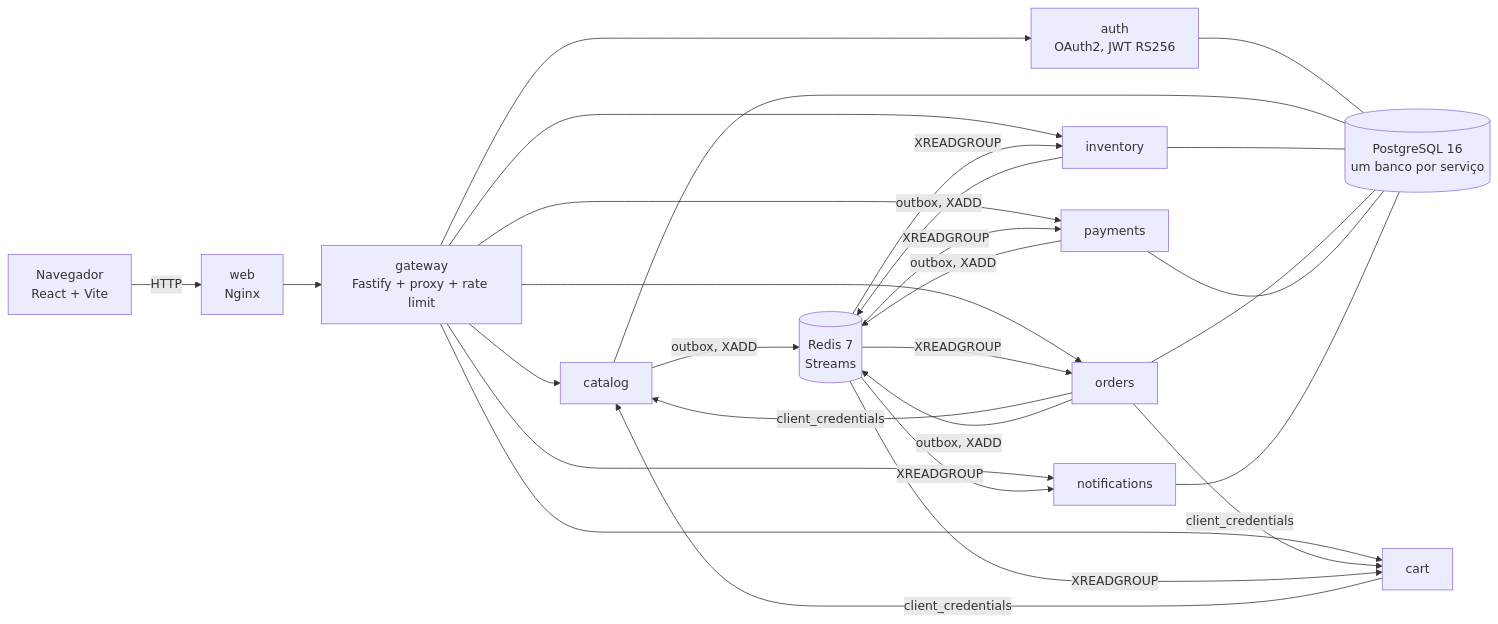
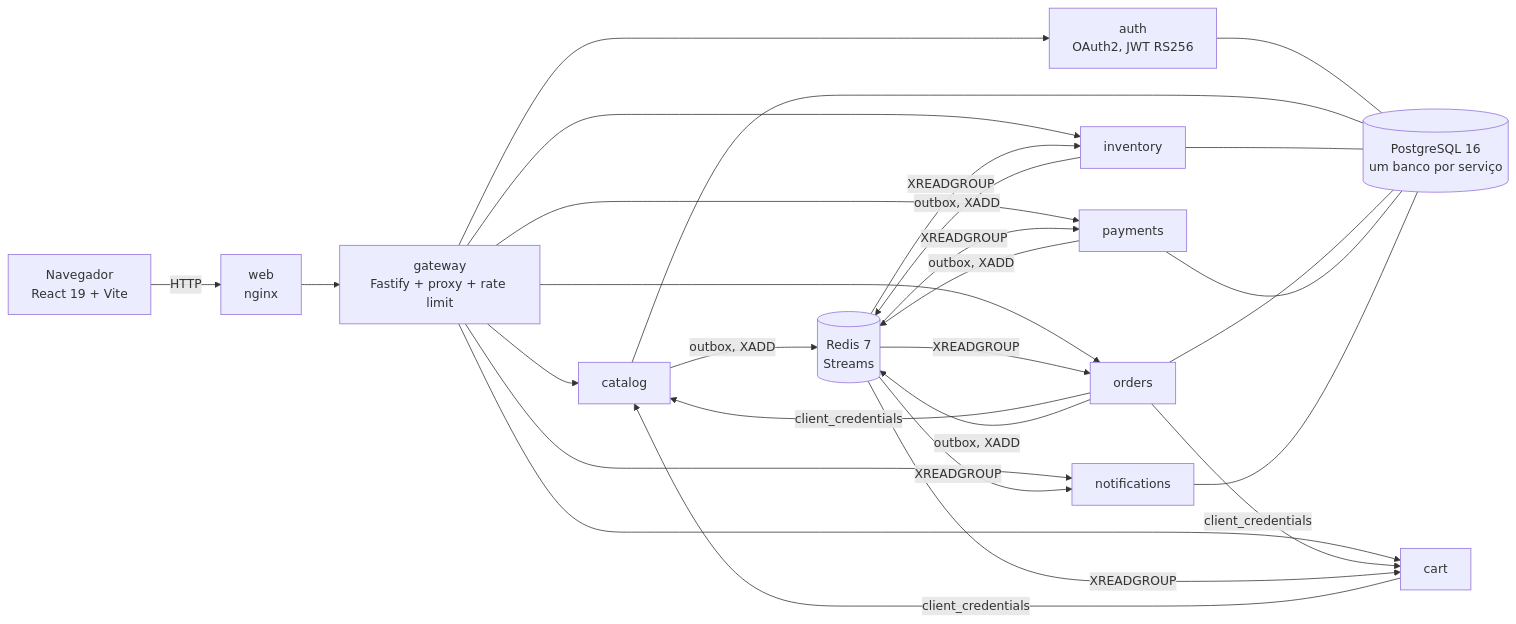
One commit to Violet-pixel/E-commerce-Microservices-API changed the diagram in README.md. Above: the diagram before and after it, drawn with Mermaid. The commit also changed other lines of this file and 1 other file, not shown here.

````diff
--- a/README.md
+++ b/README.md
@@ -183,18 +98,18 @@
 ```mermaid
 flowchart LR
-    UI["Navegador<br/>React + Vite"] -- "HTTP" --> NG["web<br/>Nginx"]
+    UI["Navegador<br/>React 19 + Vite"] -- "HTTP" --> NG["web<br/>nginx"]
     NG --> GW["gateway<br/>Fastify + proxy + rate limit"]
     GW --> AUTH["auth<br/>OAuth2, JWT RS256"]
     GW --> CAT["catalog"]
     GW --> INV["inventory"]
     GW --> CART["cart"]
     GW --> ORD["orders"]
     GW --> PAY["payments"]
     GW --> NOT["notifications"]
     ORD -- "client_credentials" --> CART
     ORD -- "client_credentials" --> CAT
     CART -- "client_credentials" --> CAT
     CAT & INV & ORD & PAY -- "outbox, XADD" --> RS[("Redis 7<br/>Streams")]
     RS -- "XREADGROUP" --> INV & ORD & PAY & NOT & CART
     AUTH & CAT & INV & ORD & PAY & NOT --- PG[("PostgreSQL 16<br/>um banco por serviço")]
 ```
````
